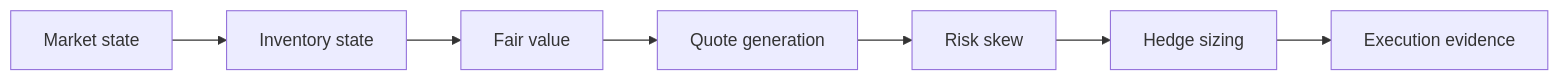
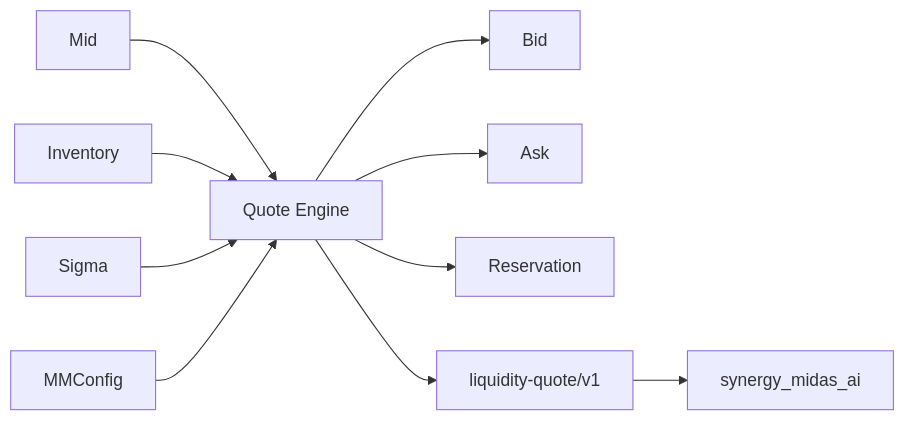
One commit to Shtenco/synergy_market_maker changed the diagram in README.md. Above: the diagram before and after it, drawn with Mermaid. The commit also changed other lines of this file, not shown here.

````diff
--- a/README.md
+++ b/README.md
@@ -72,4 +103,12 @@
 ```mermaid
 flowchart LR
-    N0[Market state] --> N1[Inventory state] --> N2[Fair value] --> N3[Quote generation] --> N4[Risk skew] --> N5[Hedge sizing] --> N6[Execution evidence]
+    M[Mid] --> Q[Quote Engine]
+    I[Inventory] --> Q
+    S[Sigma] --> Q
+    CFG[MMConfig] --> Q
+    Q --> B[Bid]
+    Q --> A[Ask]
+    Q --> R[Reservation]
+    Q --> C[liquidity-quote/v1]
+    C --> MIDAS[synergy_midas_ai]
 ```
````
